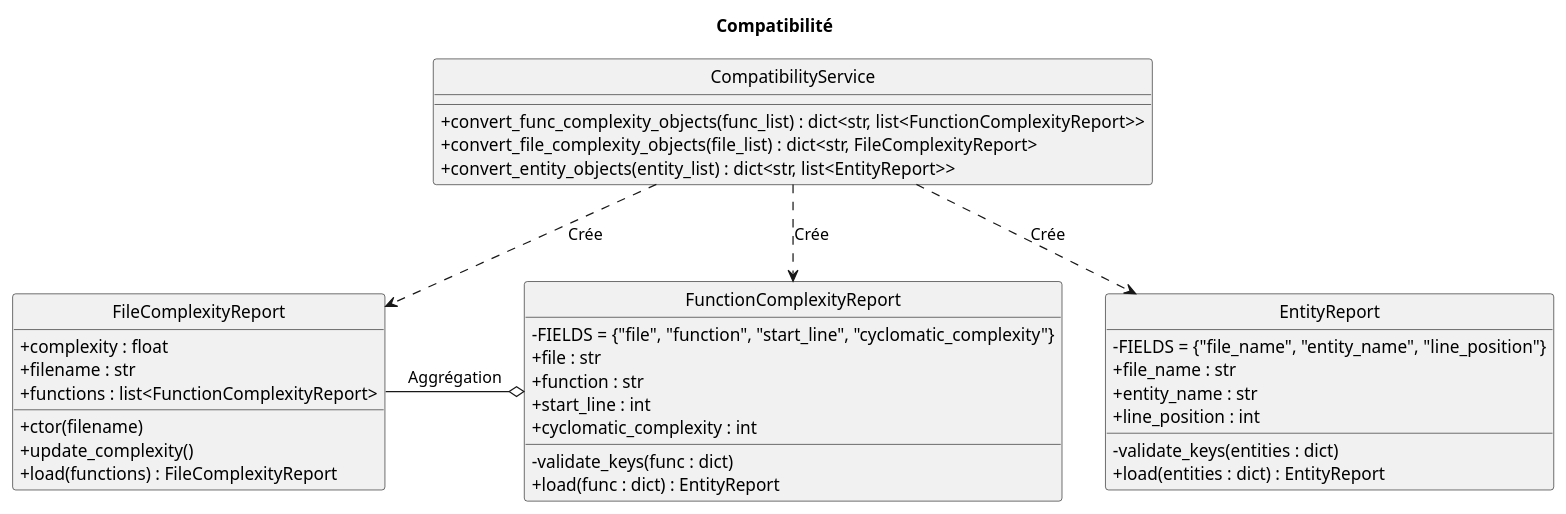
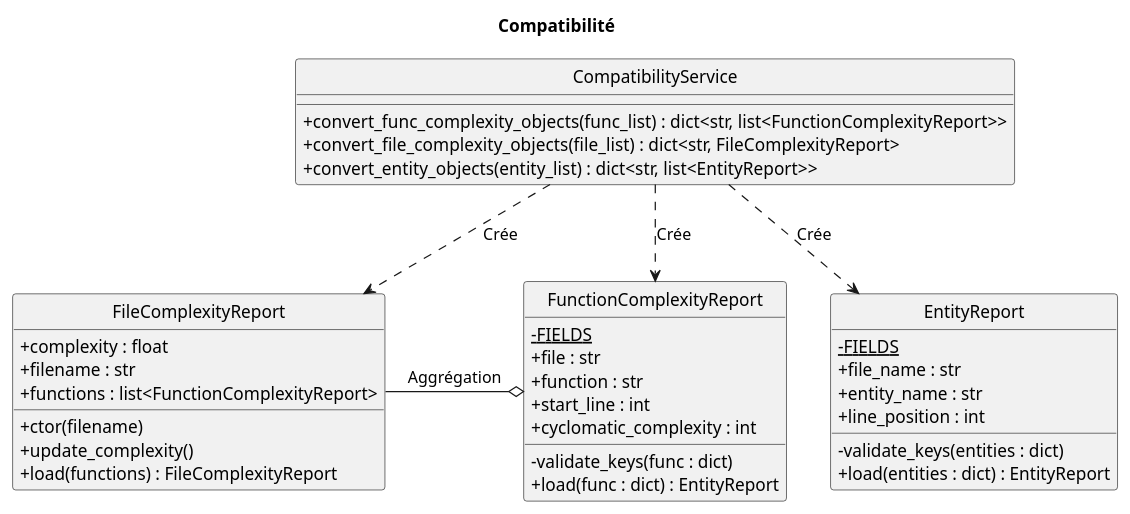
Before and after one commit to CAMaji/technical_debts: the diagram in doc/wiki/puml/recomm_compatibilite.puml, drawn with PlantUML. The commit also changed 6 other files, not shown here.

```diff
--- a/doc/wiki/puml/recomm_compatibilite.puml
+++ b/doc/wiki/puml/recomm_compatibilite.puml
@@ -1,45 +1,45 @@
 @startuml recomm_compatibilite
 hide circle
 skinparam classAttributeIconSize 0
 title Compatibilité
 
 class EntityReport {
-    - FIELDS = {"file_name", "entity_name", "line_position"}
+    - {static} FIELDS
     + file_name : str
     + entity_name : str
     + line_position : int
 
     - validate_keys(entities : dict)
     + load(entities : dict) : EntityReport
 }
 
 class FileComplexityReport {
     + complexity : float
     + filename : str
     + functions : list<FunctionComplexityReport>
     + ctor(filename) 
     + update_complexity()
     + load(functions) : FileComplexityReport
 }
 
 class FunctionComplexityReport {
-    - FIELDS = {"file", "function", "start_line", "cyclomatic_complexity"}
+    - {static} FIELDS
     + file : str
     + function : str
     + start_line : int 
     + cyclomatic_complexity : int
     - validate_keys(func : dict)
     + load(func : dict) : EntityReport
 }
 
 class CompatibilityService {
     + convert_func_complexity_objects(func_list) : dict<str, list<FunctionComplexityReport>>
     + convert_file_complexity_objects(file_list) : dict<str, FileComplexityReport>
     + convert_entity_objects(entity_list) : dict<str, list<EntityReport>>
 }
 
 CompatibilityService .down.> FileComplexityReport : "Crée"
 CompatibilityService .down.> FunctionComplexityReport : "Crée"
 CompatibilityService .down.> EntityReport : "Crée"
 FileComplexityReport -right-o FunctionComplexityReport : "Aggrégation"
 @enduml
```
